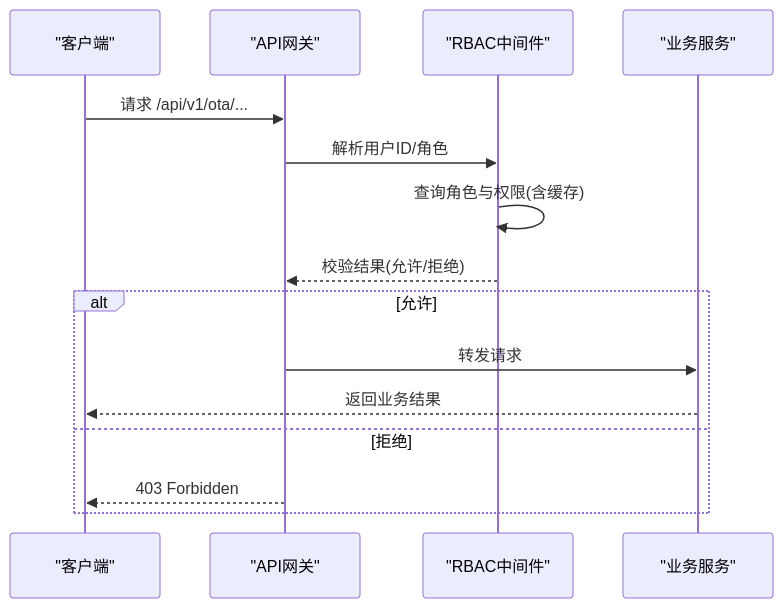
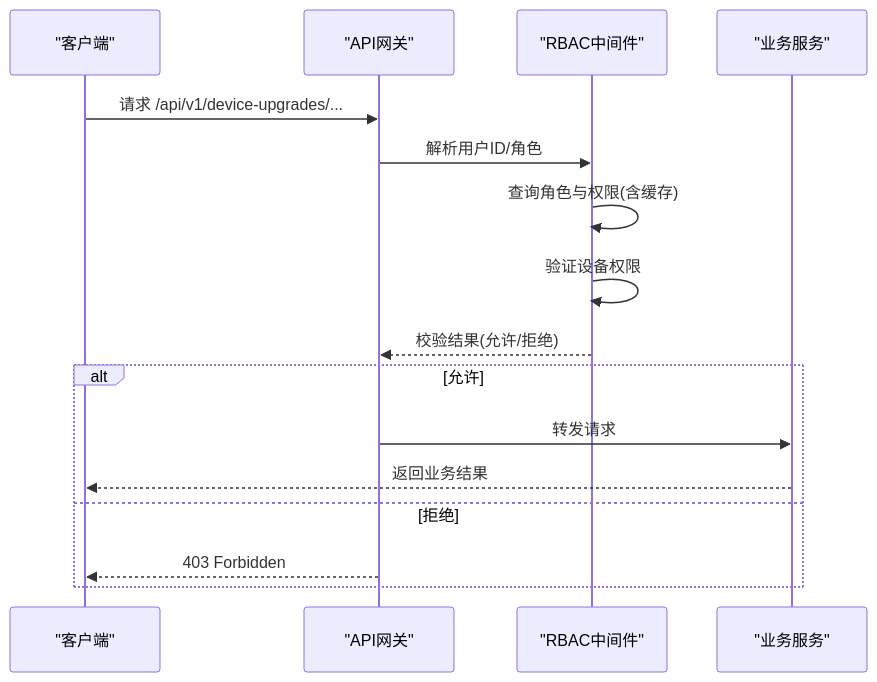
One commit to mcmrzy/cs_inv_monitor-develop changed the fourth of 6 diagrams in .qoder/repowiki/zh/content/OTA升级系统/OTA任务调度/OTA任务管理.md. Above: the diagram before and after it, drawn with Mermaid. The commit also changed other lines of this file and 128 other files, not shown here.

````diff
--- a/.qoder/repowiki/zh/content/OTA升级系统/OTA任务调度/OTA任务管理.md
+++ b/.qoder/repowiki/zh/content/OTA升级系统/OTA任务调度/OTA任务管理.md
@@ -159,17 +169,18 @@
 ```mermaid
 sequenceDiagram
 participant C as "客户端"
 participant G as "API网关"
 participant R as "RBAC中间件"
 participant S as "业务服务"
-C->>G : 请求 /api/v1/ota/...
+C->>G : 请求 /api/v1/device-upgrades/...
 G->>R : 解析用户ID/角色
 R->>R : 查询角色与权限(含缓存)
+R->>R : 验证设备权限
 R-->>G : 校验结果(允许/拒绝)
 alt 允许
 G->>S : 转发请求
 S-->>C : 返回业务结果
 else 拒绝
 G-->>C : 403 Forbidden
 end
 ```
````
